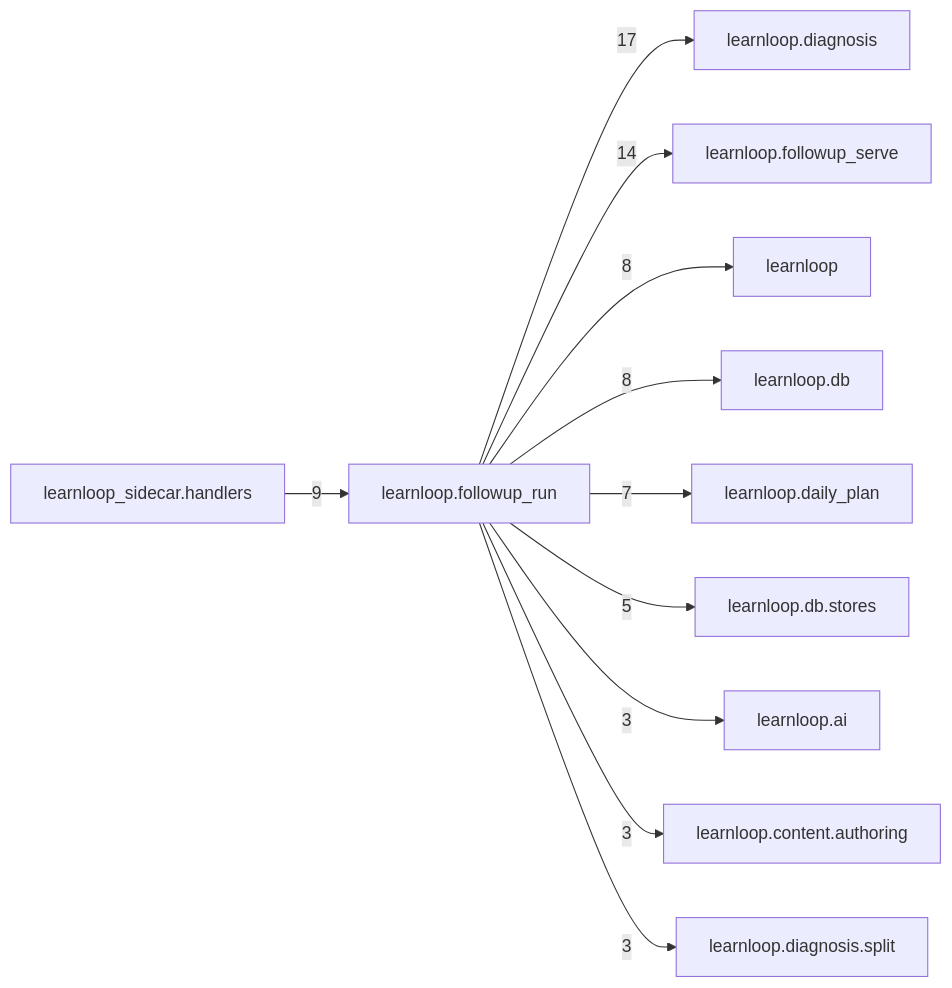
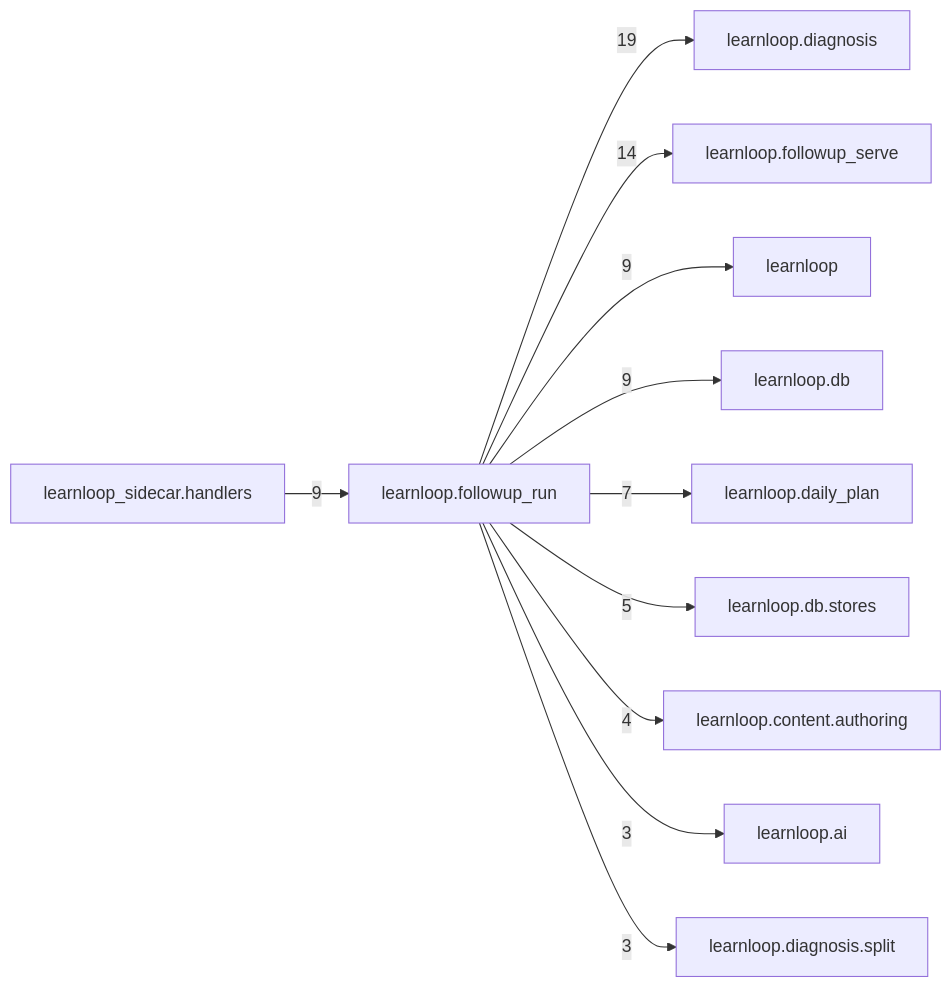
Before and after one commit to 6up-b/learnanything: the diagram in docs/learnloop-architecture-vault/Reference/Modules/learnloop/followup_run/_package.md, drawn with Mermaid. The commit also changed other lines of this file and 535 other files, not shown here.

````diff
--- a/docs/learnloop-architecture-vault/Reference/Modules/learnloop/followup_run/_package.md
+++ b/docs/learnloop-architecture-vault/Reference/Modules/learnloop/followup_run/_package.md
@@ -97,24 +100,24 @@
 ```mermaid
 flowchart LR
     center["learnloop.followup_run"]
     n_learnloop_diagnosis["learnloop.diagnosis"]
     n_learnloop_followup_serve["learnloop.followup_serve"]
-    n_learnloop_sidecar_handlers["learnloop_sidecar.handlers"]
     n_learnloop["learnloop"]
     n_learnloop_db["learnloop.db"]
+    n_learnloop_sidecar_handlers["learnloop_sidecar.handlers"]
     n_learnloop_daily_plan["learnloop.daily_plan"]
     n_learnloop_db_stores["learnloop.db.stores"]
+    n_learnloop_content_authoring["learnloop.content.authoring"]
     n_learnloop_ai["learnloop.ai"]
-    n_learnloop_content_authoring["learnloop.content.authoring"]
     n_learnloop_diagnosis_split["learnloop.diagnosis.split"]
-    center -->|17| n_learnloop_diagnosis
+    center -->|19| n_learnloop_diagnosis
     center -->|14| n_learnloop_followup_serve
+    center -->|9| n_learnloop
+    center -->|9| n_learnloop_db
     n_learnloop_sidecar_handlers -->|9| center
-    center -->|8| n_learnloop
-    center -->|8| n_learnloop_db
     center -->|7| n_learnloop_daily_plan
     center -->|5| n_learnloop_db_stores
+    center -->|4| n_learnloop_content_authoring
     center -->|3| n_learnloop_ai
-    center -->|3| n_learnloop_content_authoring
     center -->|3| n_learnloop_diagnosis_split
 ```
````
